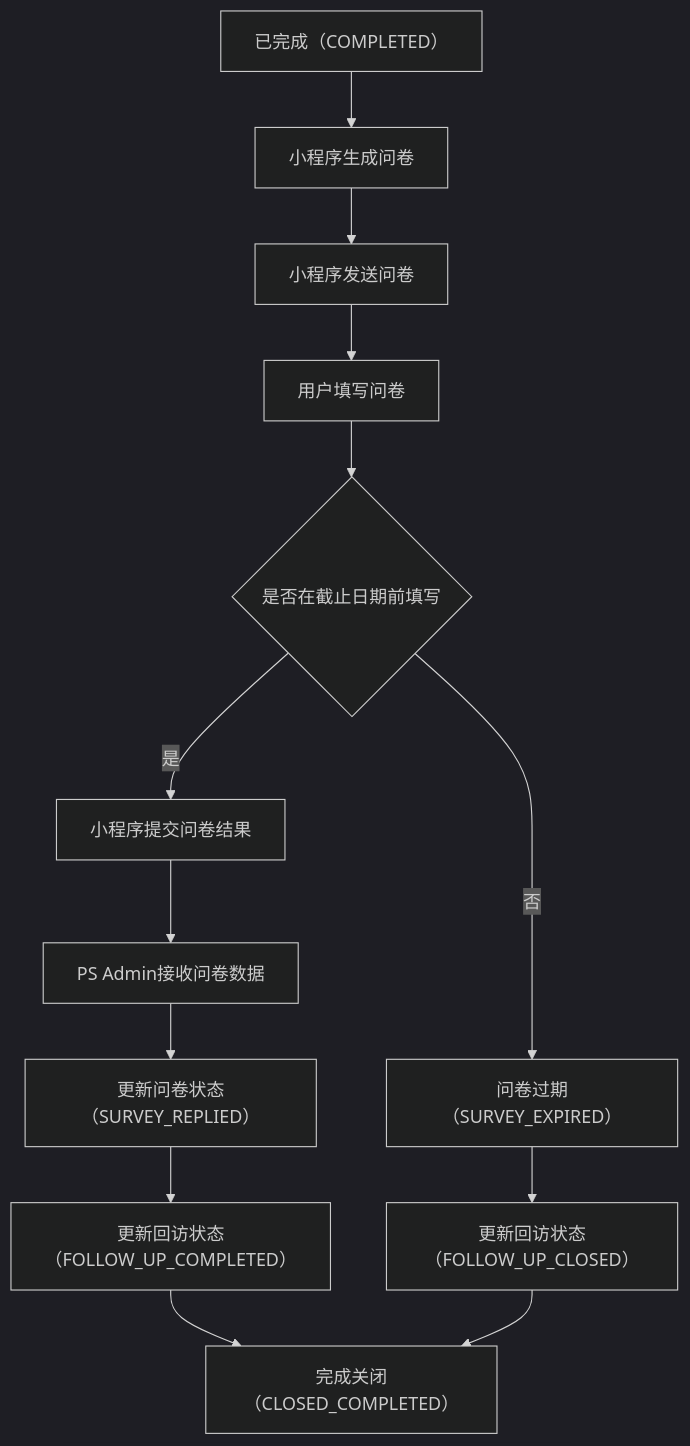
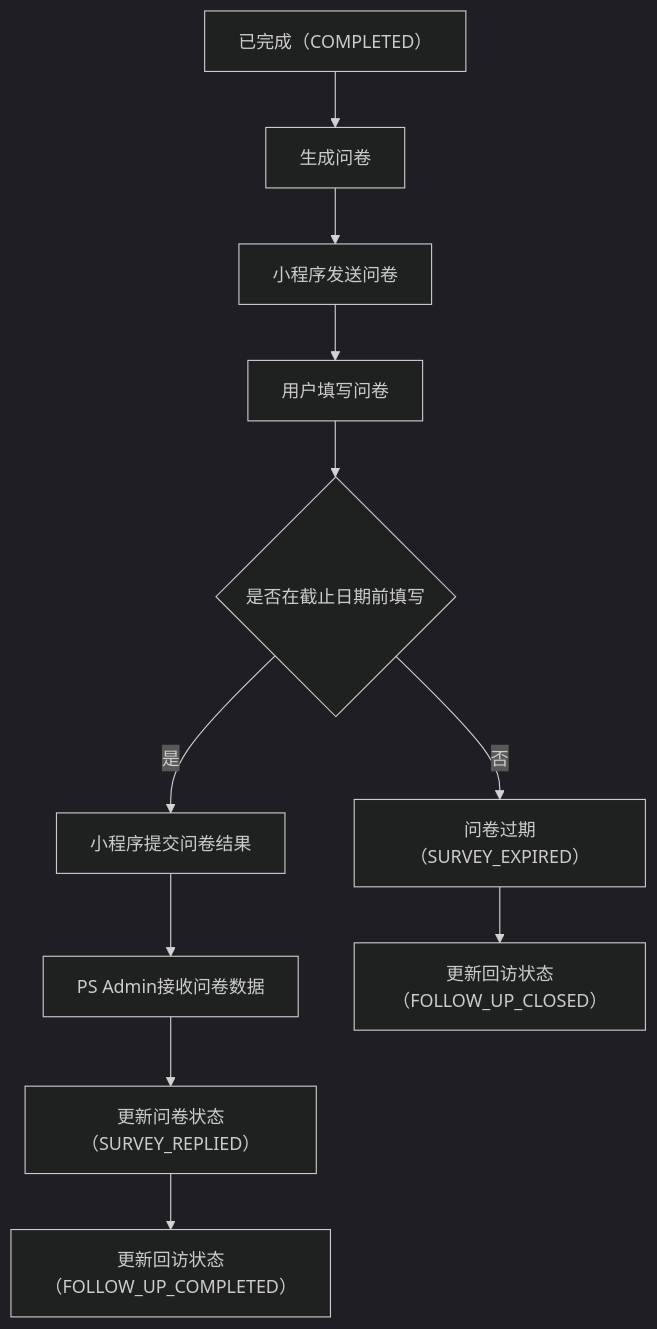
Diagram 12 of 17 in 文档/GM系统需求说明.md (guguohai/gmps), drawn with Mermaid (dark theme) before and after one commit. The commit also changed other lines of this file, not shown here.

````diff
--- a/文档/GM系统需求说明.md
+++ b/文档/GM系统需求说明.md
@@ -607,19 +632,17 @@
 ```mermaid
 flowchart TD
 
-A[已完成（COMPLETED）] --> B[小程序生成问卷]
+A[已完成（COMPLETED）] --> B[生成问卷]
 B --> C[小程序发送问卷]
 C --> D[用户填写问卷]
 
 D --> E{是否在截止日期前填写}
 
 E -->|是| F[小程序提交问卷结果]
 F --> G[PS Admin接收问卷数据]
 G --> H[更新问卷状态（SURVEY_REPLIED）]
 H --> I[更新回访状态（FOLLOW_UP_COMPLETED）]
-I --> J[完成关闭（CLOSED_COMPLETED）]
 
-E -->|否| K[问卷过期（SURVEY_EXPIRED）]
-K --> L[更新回访状态（FOLLOW_UP_CLOSED）]
-L --> J
+E -->|否| J[问卷过期（SURVEY_EXPIRED）]
+J --> K[更新回访状态（FOLLOW_UP_CLOSED）]
 ```
````
